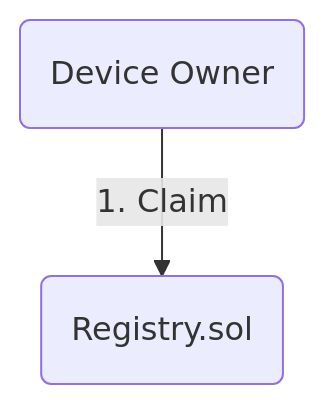
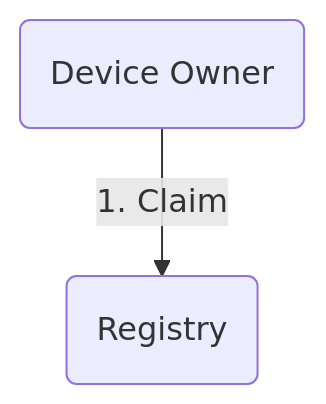
The third of 5 diagrams in packages/issuer/README.md (energywebfoundation/origin), drawn with Mermaid before and after one commit. The commit also changed other lines of this file and 2 other files, not shown here.

````diff
--- a/packages/issuer/README.md
+++ b/packages/issuer/README.md
@@ -40,4 +40,4 @@
 ```mermaid
 graph TD;
-  A(Device Owner) --> |1. Claim | R(Registry.sol)
+  A(Device Owner) -->|1. Claim| R(Registry)
 ```
````
